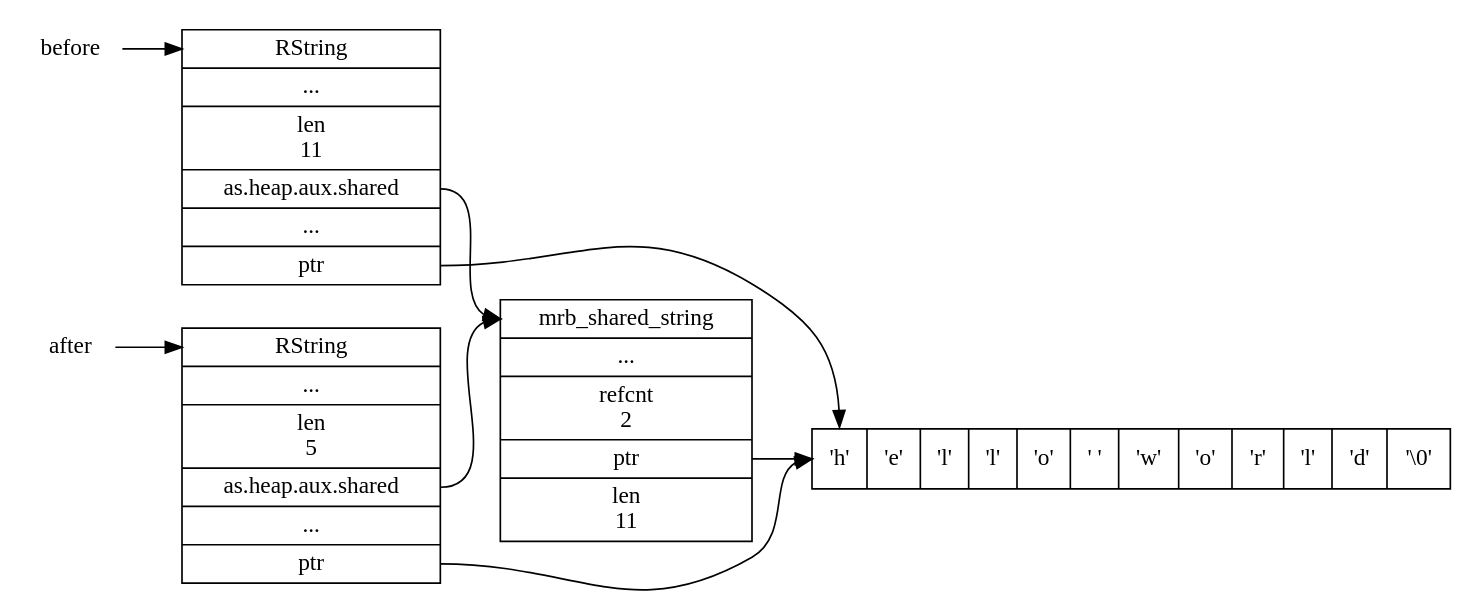
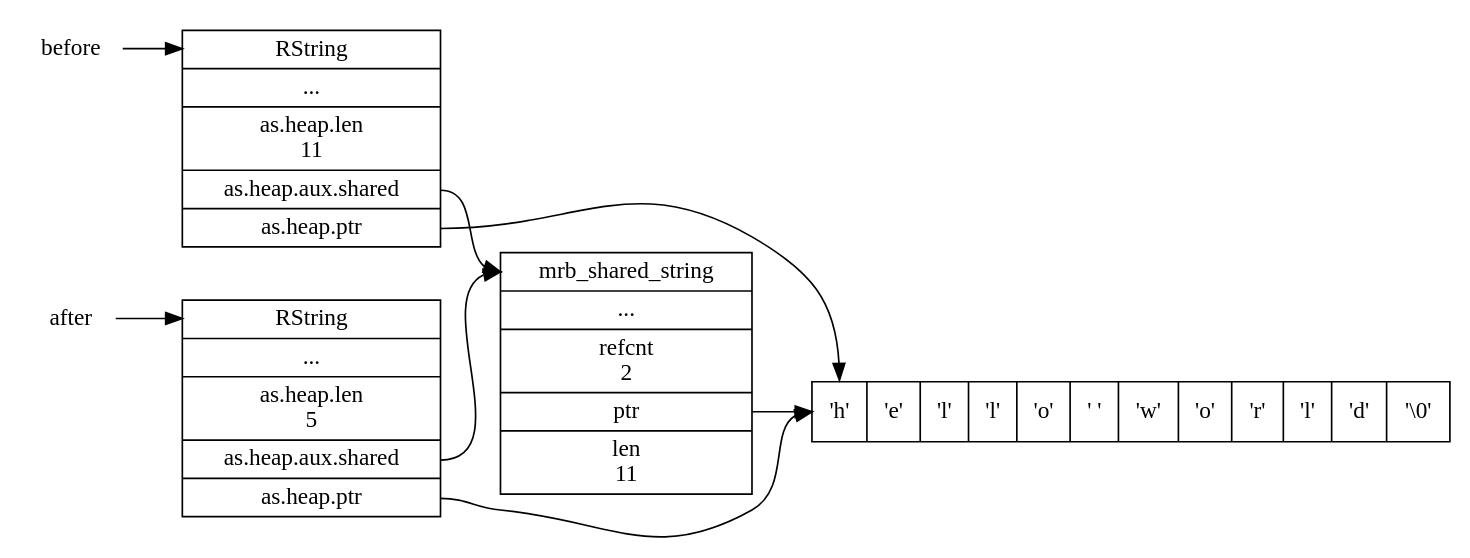
Before and after one commit to huangzworks/note: the second of 2 diagrams in language/mruby-code-analysis/string.rst, drawn with Graphviz. The commit also changed other lines of this file, not shown here.

Commit message:
修正图片里面的属性名

```diff
--- a/language/mruby-code-analysis/string.rst
+++ b/language/mruby-code-analysis/string.rst
@@ -450,35 +450,35 @@
 .. graphviz::
 
     digraph {
 
         rankdir = LR;
 
         node [shape = plaintext]
 
         before;
         after;
 
         node [shape = record]
 
-        before_RString [label = " <head> RString | ... | len \n 11 | <shared> as.heap.aux.shared  | ... | <ptr> ptr "];
+        before_RString [label = " <head> RString | ... | as.heap.len \n 11 | <shared> as.heap.aux.shared  | <ptr> as.heap.ptr "];
 
-        after_RString [label = " <head> RString | ... | len \n 5 | <shared> as.heap.aux.shared  | ... | <ptr> ptr "];
+        after_RString [label = " <head> RString | ... | as.heap.len \n 5 | <shared> as.heap.aux.shared  | <ptr> as.heap.ptr "];
 
         mrb_shared_string [label = " <head> mrb_shared_string | ... | refcnt \n 2 | <ptr> ptr | len \n 11 "];
 
         buffer [label = " { <0> 'h' | 'e' | 'l' | 'l' | <4> 'o' | ' ' | 'w' | 'o' | 'r' | 'l' | <10> 'd' | '\\0' } "];
 
         //
 
         before -> before_RString:head;
         after -> after_RString:head;
 
         before_RString:shared -> mrb_shared_string:head;
         after_RString:shared -> mrb_shared_string:head;
 
         mrb_shared_string:ptr -> buffer:0;
 
         before_RString:ptr -> buffer:0;
         after_RString:ptr -> buffer:0;
 
     }
```
